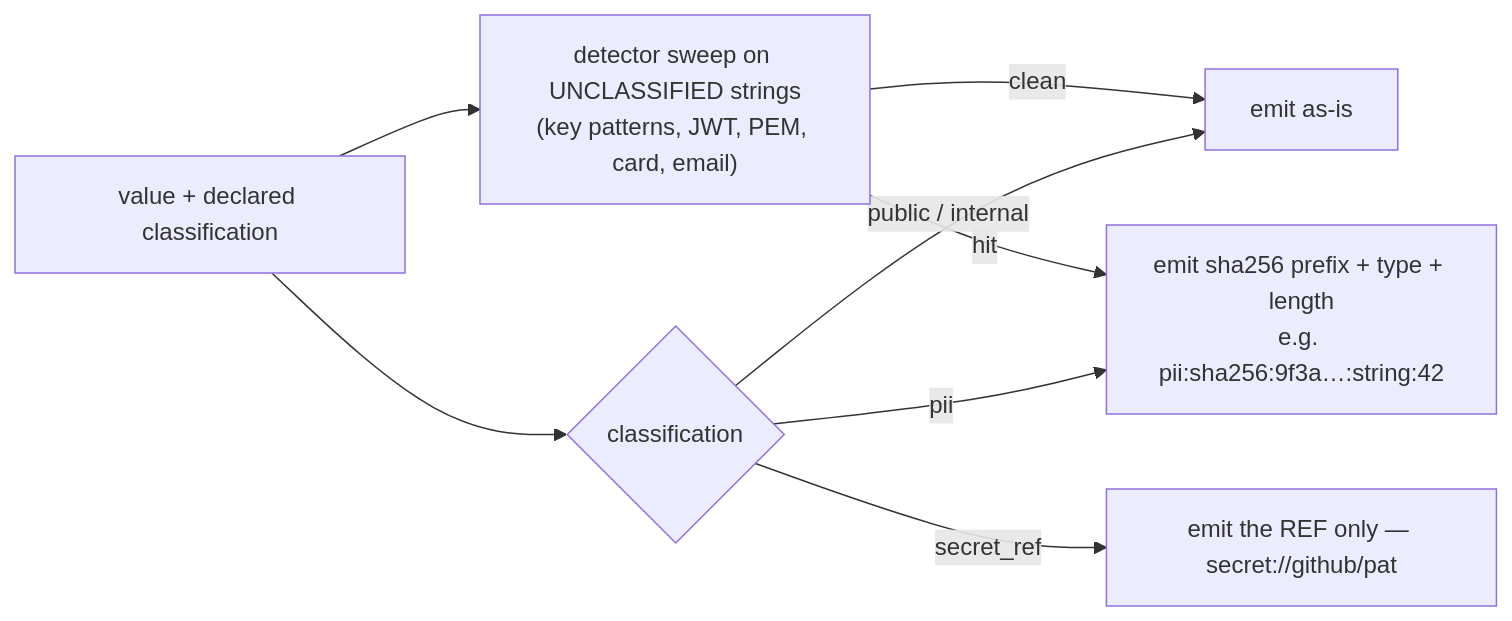
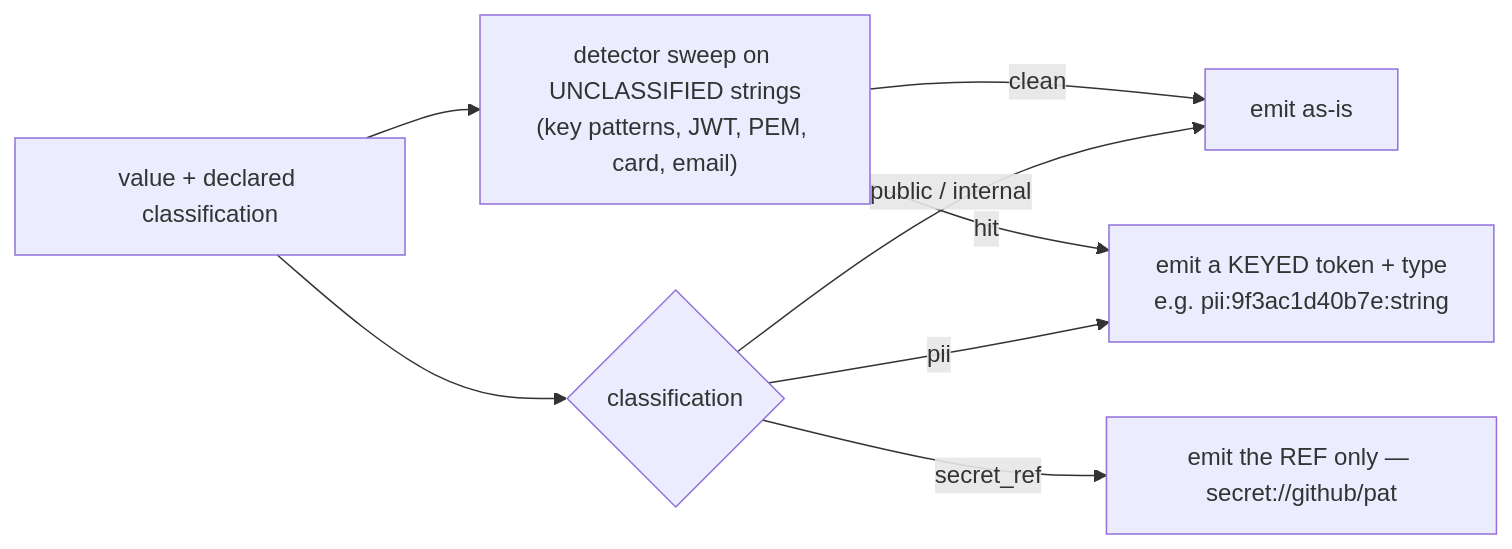
Before and after one commit to caohaotiantian/EAgent: the sixth of 7 diagrams in design/loom/05-RESOURCES-OBSERVABILITY.md, drawn with Mermaid. The commit also changed other lines of this file and 58 other files, not shown here.

````diff
--- a/design/loom/05-RESOURCES-OBSERVABILITY.md
+++ b/design/loom/05-RESOURCES-OBSERVABILITY.md
@@ -335,10 +687,10 @@
 ```mermaid
 graph LR
   V["value + declared classification"] --> R{"classification"}
   R -->|"public / internal"| PASS["emit as-is"]
-  R -->|"pii"| RED["emit sha256 prefix + type + length<br/>e.g. pii:sha256:9f3a…:string:42"]
+  R -->|"pii"| RED["emit a KEYED token + type<br/>e.g. pii:9f3ac1d40b7e:string"]
   R -->|"secret_ref"| REF["emit the REF only — secret://github/pat"]
   V --> SCAN["detector sweep on UNCLASSIFIED strings<br/>(key patterns, JWT, PEM, card, email)"]
   SCAN -->|"hit"| RED
   SCAN -->|"clean"| PASS
 ```
````
